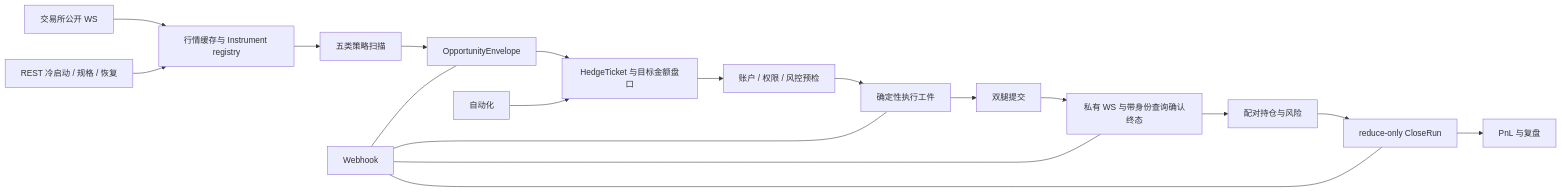
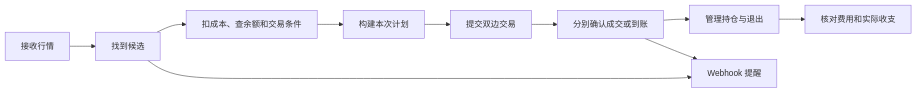
One commit to hui121315/crypto-arb changed the diagram in README.md. Above: the diagram before and after it, drawn with Mermaid. The commit also changed other lines of this file and 701 other files, not shown here.

````diff
--- a/README.md
+++ b/README.md
@@ -210,20 +18,12 @@
 ```mermaid
 flowchart LR
-  A["交易所公开 WS"] --> B["行情缓存与 Instrument registry"]
-  R["REST 冷启动 / 规格 / 恢复"] --> B
-  B --> C["五类策略扫描"]
-  C --> D["OpportunityEnvelope"]
-  D --> E["HedgeTicket 与目标金额盘口"]
-  E --> F["账户 / 权限 / 风控预检"]
-  F --> G["确定性执行工件"]
-  G --> H["双腿提交"]
-  H --> I["私有 WS 与带身份查询确认终态"]
-  I --> J["配对持仓与风险"]
-  J --> K["reduce-only CloseRun"]
-  K --> L["PnL 与复盘"]
-  M["自动化"] --> E
-  N["Webhook"] --- D
-  N --- G
-  N --- I
-  N --- K
+  A["接收行情"] --> B["找到候选"]
+  B --> C["扣成本、查余额和交易条件"]
+  C --> D["构建本次计划"]
+  D --> E["提交双边交易"]
+  E --> F["分别确认成交或到账"]
+  F --> G["管理持仓与退出"]
+  G --> H["核对费用和实际收支"]
+  B --> N["Webhook 提醒"]
+  F --> N
 ```
````
